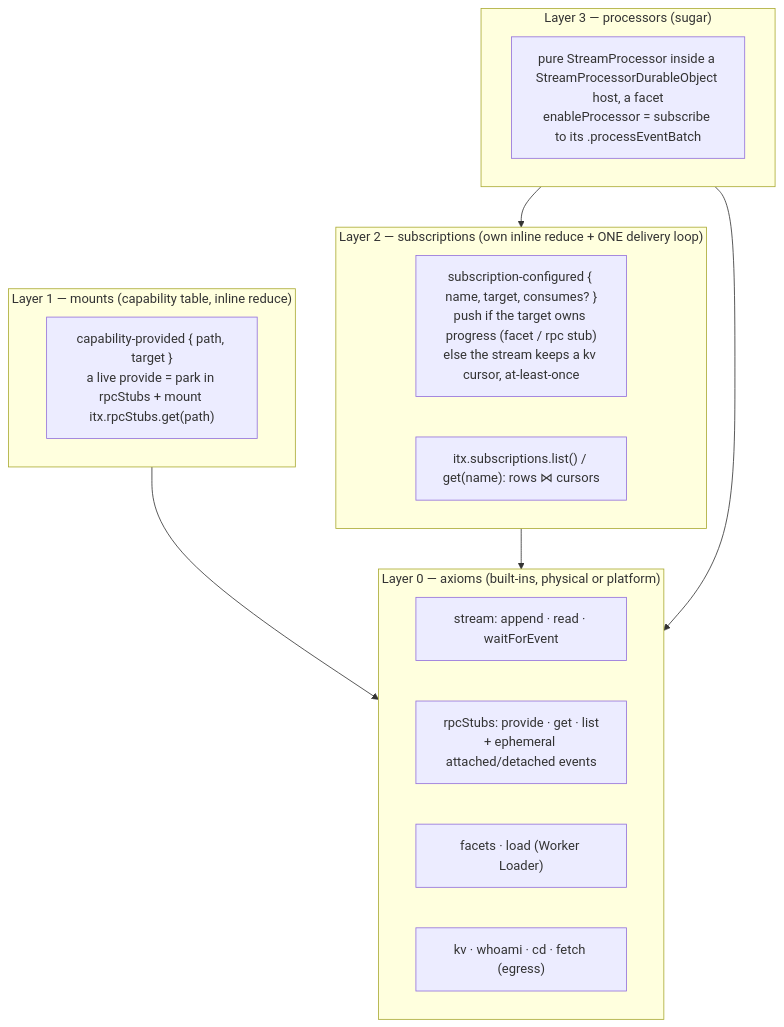
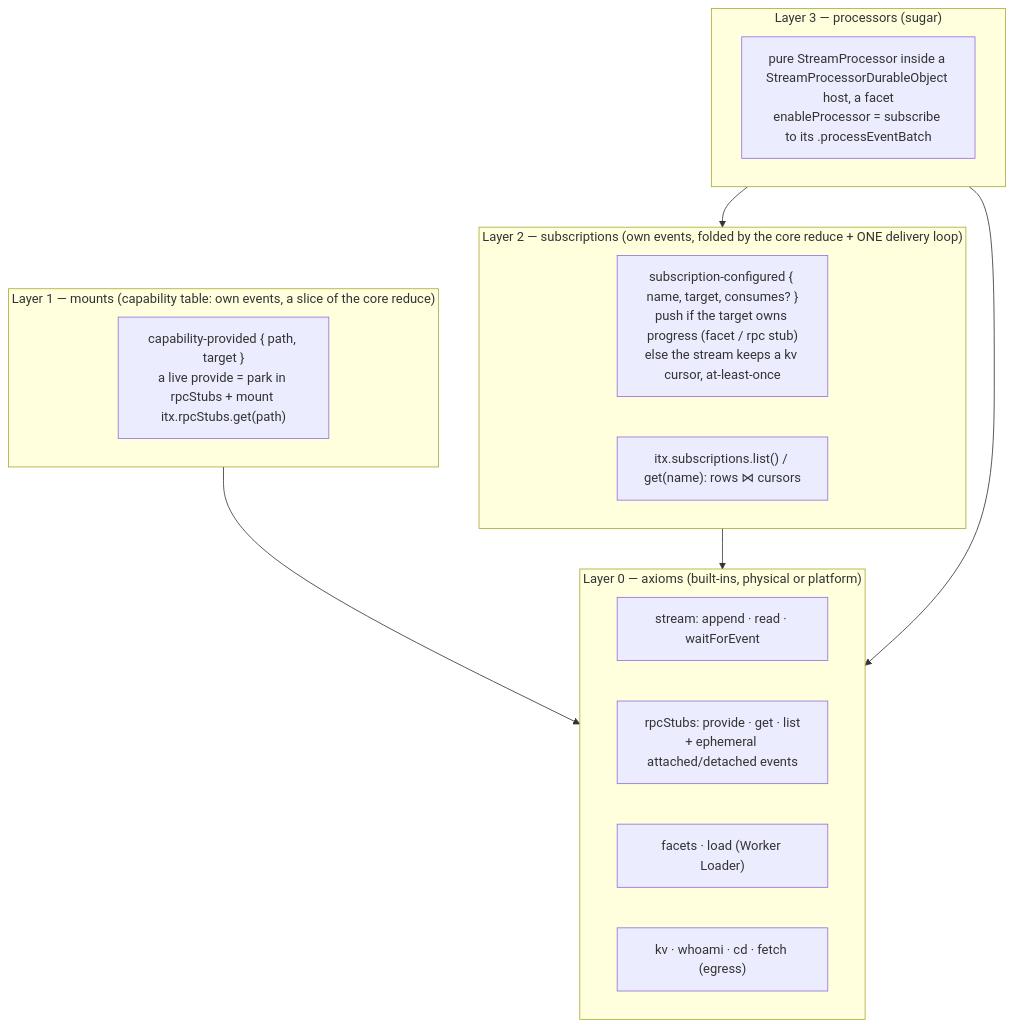
One commit to iterate/iterate changed the diagram in packages/v3/project-worker/docs/design-onion-subscriptions-processors.md. Above: the diagram before and after it, drawn with Mermaid. The commit also changed other lines of this file and 39 other files, not shown here.

First line of the commit message:
Clean-room: ONE core reduce; the breaker is a facet processor; created/woken in the constructor

````diff
--- a/packages/v3/project-worker/docs/design-onion-subscriptions-processors.md
+++ b/packages/v3/project-worker/docs/design-onion-subscriptions-processors.md
@@ -37,23 +37,23 @@
 ```mermaid
 flowchart TB
   subgraph L0["Layer 0 — axioms (built-ins, physical or platform)"]
     stream["stream: append · read · waitForEvent"]
     stubs["rpcStubs: provide · get · list<br/>+ ephemeral attached/detached events"]
     facets["facets · load (Worker Loader)"]
     misc["kv · whoami · cd · fetch (egress)"]
   end
-  subgraph L1["Layer 1 — mounts (capability table, inline reduce)"]
+  subgraph L1["Layer 1 — mounts (capability table: own events, a slice of the core reduce)"]
     mount["capability-provided { path, target }<br/>a live provide = park in rpcStubs + mount itx.rpcStubs.get(path)"]
   end
-  subgraph L2["Layer 2 — subscriptions (own inline reduce + ONE delivery loop)"]
+  subgraph L2["Layer 2 — subscriptions (own events, folded by the core reduce + ONE delivery loop)"]
     sub["subscription-configured { name, target, consumes? }<br/>push if the target owns progress (facet / rpc stub)<br/>else the stream keeps a kv cursor, at-least-once"]
     view["itx.subscriptions.list() / get(name): rows ⋈ cursors"]
   end
   subgraph L3["Layer 3 — processors (sugar)"]
     proc["pure StreamProcessor inside a StreamProcessorDurableObject host, a facet<br/>enableProcessor = subscribe to its .processEventBatch"]
   end
   L1 --> L0
   L2 --> L0
   L3 --> L2
   L3 --> L0
 ```
````
